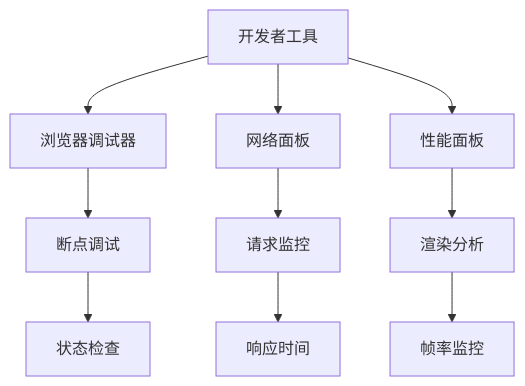
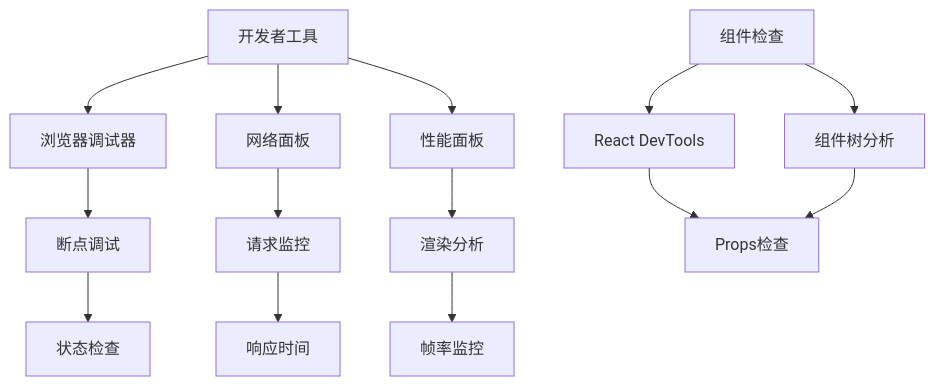
Diagram 21 of 21 in .qoder/repowiki/zh/content/Web界面/UI组件系统/UI组件系统.md (verse-ai-org/openclaw), drawn with Mermaid before and after one commit. The commit also changed other lines of this file and 46 other files, not shown here.

````diff
--- a/.qoder/repowiki/zh/content/Web界面/UI组件系统/UI组件系统.md
+++ b/.qoder/repowiki/zh/content/Web界面/UI组件系统/UI组件系统.md
@@ -671,12 +934,16 @@
 ```mermaid
 graph TD
 A[开发者工具] --> B[浏览器调试器]
 A --> C[网络面板]
 A --> D[性能面板]
 B --> E[断点调试]
 C --> F[请求监控]
 D --> G[渲染分析]
 E --> H[状态检查]
 F --> I[响应时间]
 G --> J[帧率监控]
+K[组件检查] --> L[React DevTools]
+K --> M[组件树分析]
+L --> N[Props检查]
+M --> N
 ```
````
